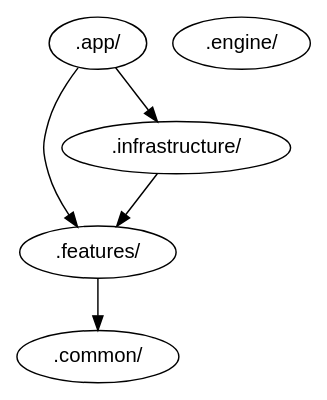
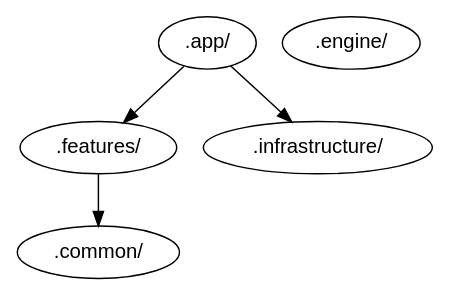
The diagram in docs/architecture/rings.dot (squliyev/bio-claim-check), drawn with Graphviz before and after one commit. The commit also changed 54 other files, not shown here.

```diff
--- a/docs/architecture/rings.dot
+++ b/docs/architecture/rings.dot
@@ -1,12 +1,11 @@
 digraph {
     node [fontname=helvetica]
     ".app" [label=".app/"]
     ".common" [label=".common/"]
     ".engine" [label=".engine/"]
     ".features" [label=".features/"]
     ".infrastructure" [label=".infrastructure/"]
     ".app" ->  ".features"
     ".app" ->  ".infrastructure"
     ".features" ->  ".common"
-    ".infrastructure" ->  ".features"
 }
```
